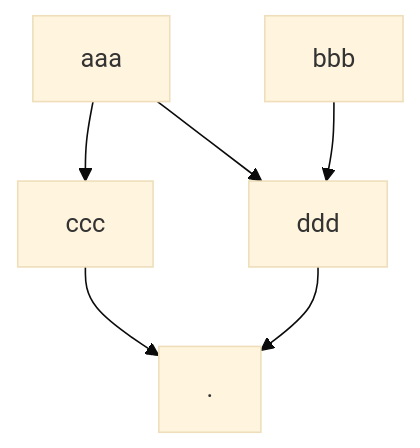
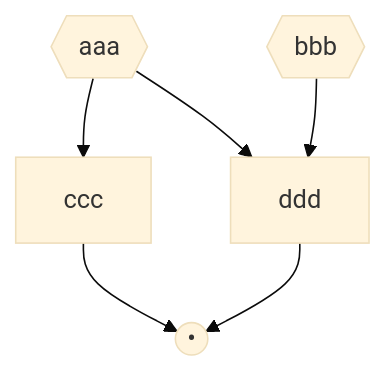
Before and after one commit to billwallis/bills-sql-lineage: the diagram in README.md, drawn with Mermaid (base theme). The commit also changed other lines of this file and 10 other files, not shown here.

````diff
--- a/README.md
+++ b/README.md
@@ -92,13 +92,14 @@
 ```mermaid
-graph TD
-    aaa
-    bbb
-    ccc
-    ddd
-    .
+flowchart TD
+    aaa{{"aaa"}}
+    bbb{{"bbb"}}
+    ccc["ccc"]
+    ddd["ddd"]
+    .(("•"))
+
     aaa --> ccc
     aaa --> ddd
     bbb --> ddd
     ccc --> .
     ddd --> .
 ```
````
